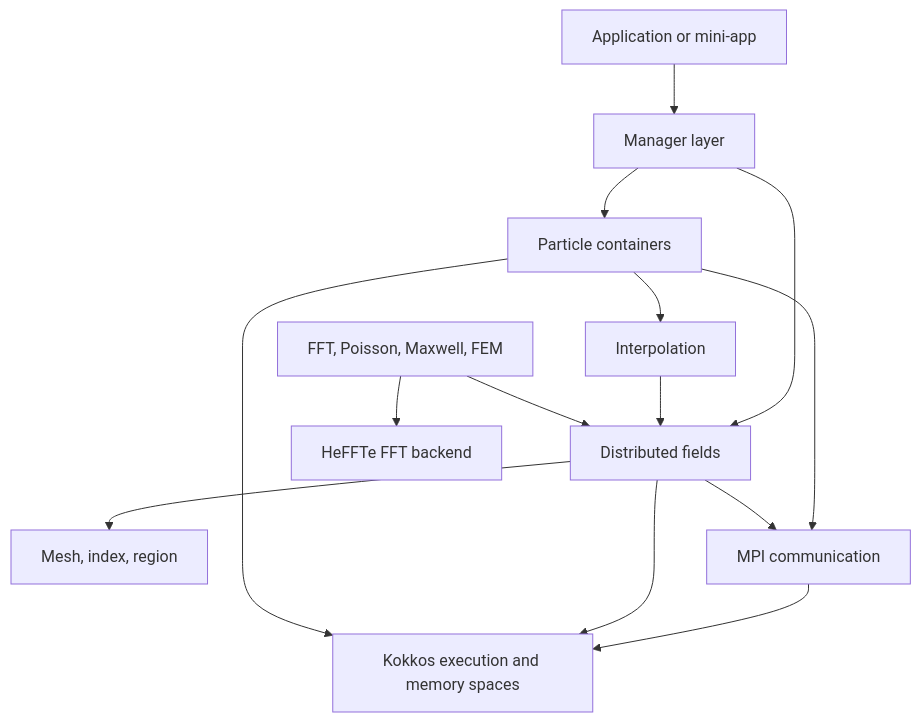
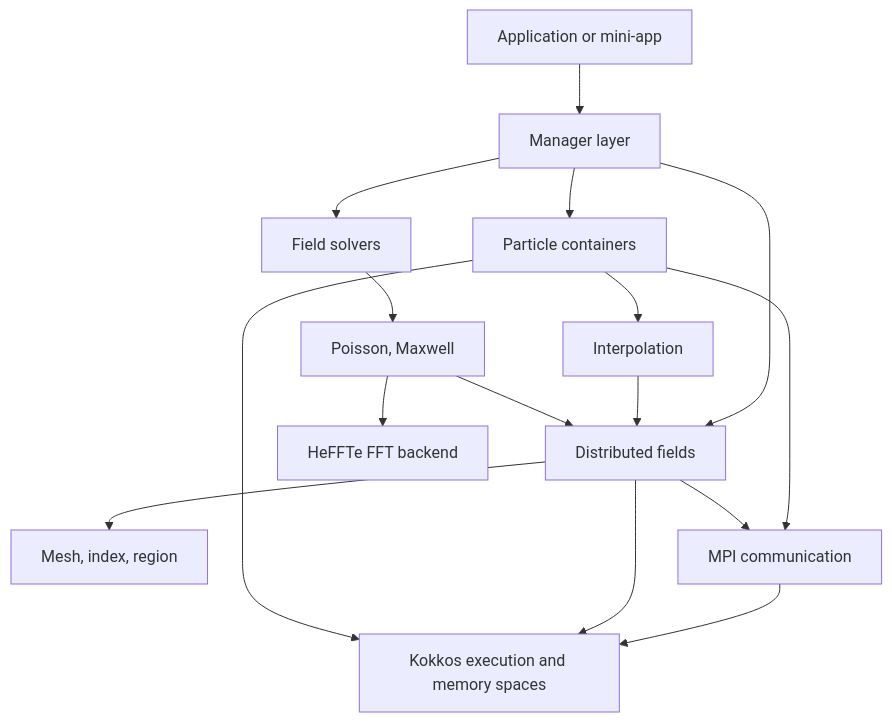
Before and after one commit to IPPL-framework/Manual: the diagram in sections/overview/index.qmd, drawn with Mermaid. The commit also changed other lines of this file and 3 other files, not shown here.

````diff
--- a/sections/overview/index.qmd
+++ b/sections/overview/index.qmd
@@ -22,27 +22,30 @@
 ```{mermaid}
 flowchart TB
   User["Application or mini-app"]
   Manager["Manager layer"]
   Particle["Particle containers"]
   Field["Distributed fields"]
+  FieldSolver["Field solvers"]
   Mesh["Mesh, index, region"]
   Interp["Interpolation"]
-  Solver["FFT, Poisson, Maxwell, FEM"]
+  Solver["Poisson, Maxwell"]
   Comm["MPI communication"]
   Kokkos["Kokkos execution and memory spaces"]
   Heffte["HeFFTe FFT backend"]
 
   User --> Manager
   Manager --> Particle
   Manager --> Field
+  Manager --> FieldSolver
   Particle --> Interp
   Interp --> Field
   Field --> Mesh
+  FieldSolver --> Solver
   Solver --> Field
   Solver --> Heffte
   Particle --> Comm
   Field --> Comm
   Comm --> Kokkos
   Field --> Kokkos
   Particle --> Kokkos
 ```
````
